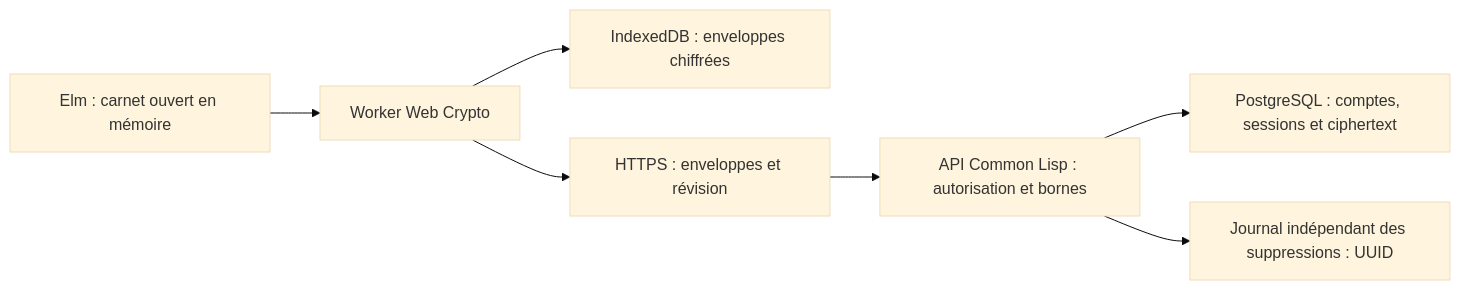
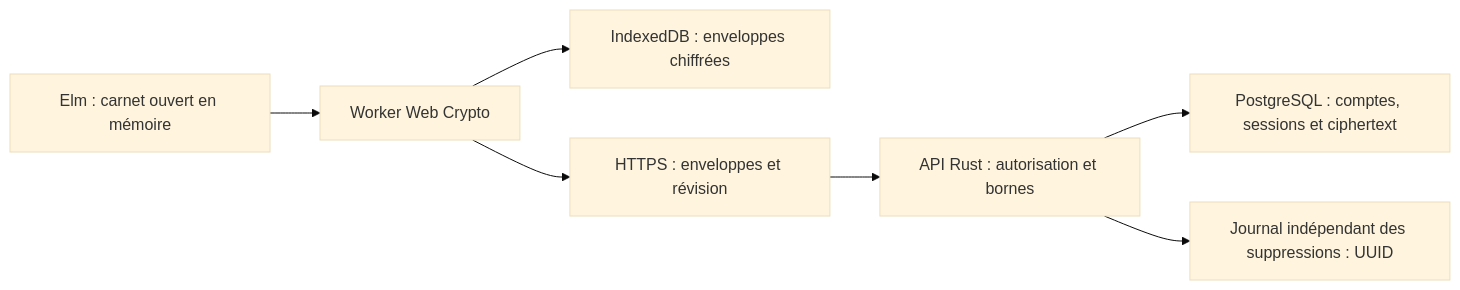
Before and after one commit to MrJ-am/etp-vie-affective: the diagram in docs/ARCHITECTURE-CRYPTO.md, drawn with Mermaid (base theme). The commit also changed other lines of this file and 85 other files, not shown here.

````diff
--- a/docs/ARCHITECTURE-CRYPTO.md
+++ b/docs/ARCHITECTURE-CRYPTO.md
@@ -5,9 +5,9 @@
 ```mermaid
 flowchart LR
     E[Elm : carnet ouvert en mémoire] --> W[Worker Web Crypto]
     W --> I[IndexedDB : enveloppes chiffrées]
     W --> H[HTTPS : enveloppes et révision]
-    H --> L[API Common Lisp : autorisation et bornes]
+    H --> L[API Rust : autorisation et bornes]
     L --> P[PostgreSQL : comptes, sessions et ciphertext]
     L --> J[Journal indépendant des suppressions : UUID]
 ```
````
